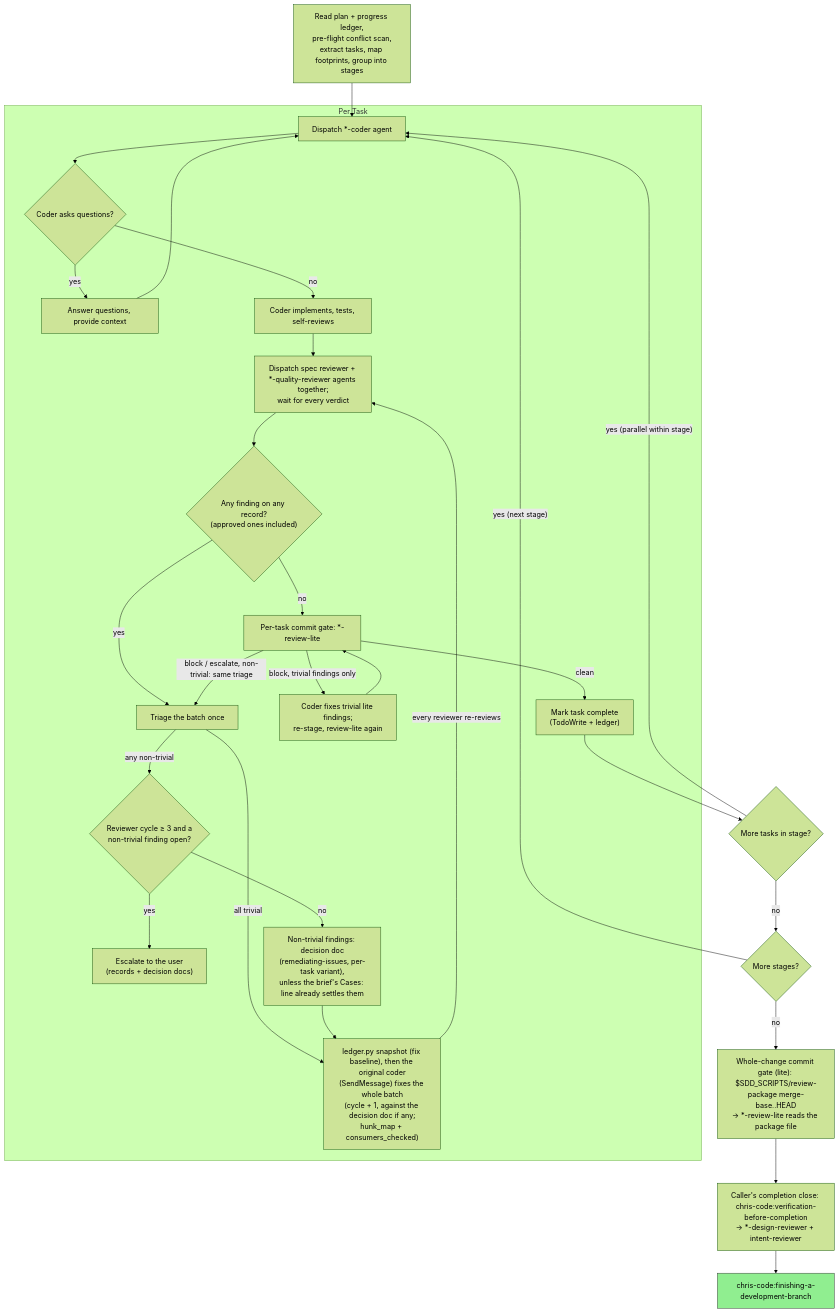
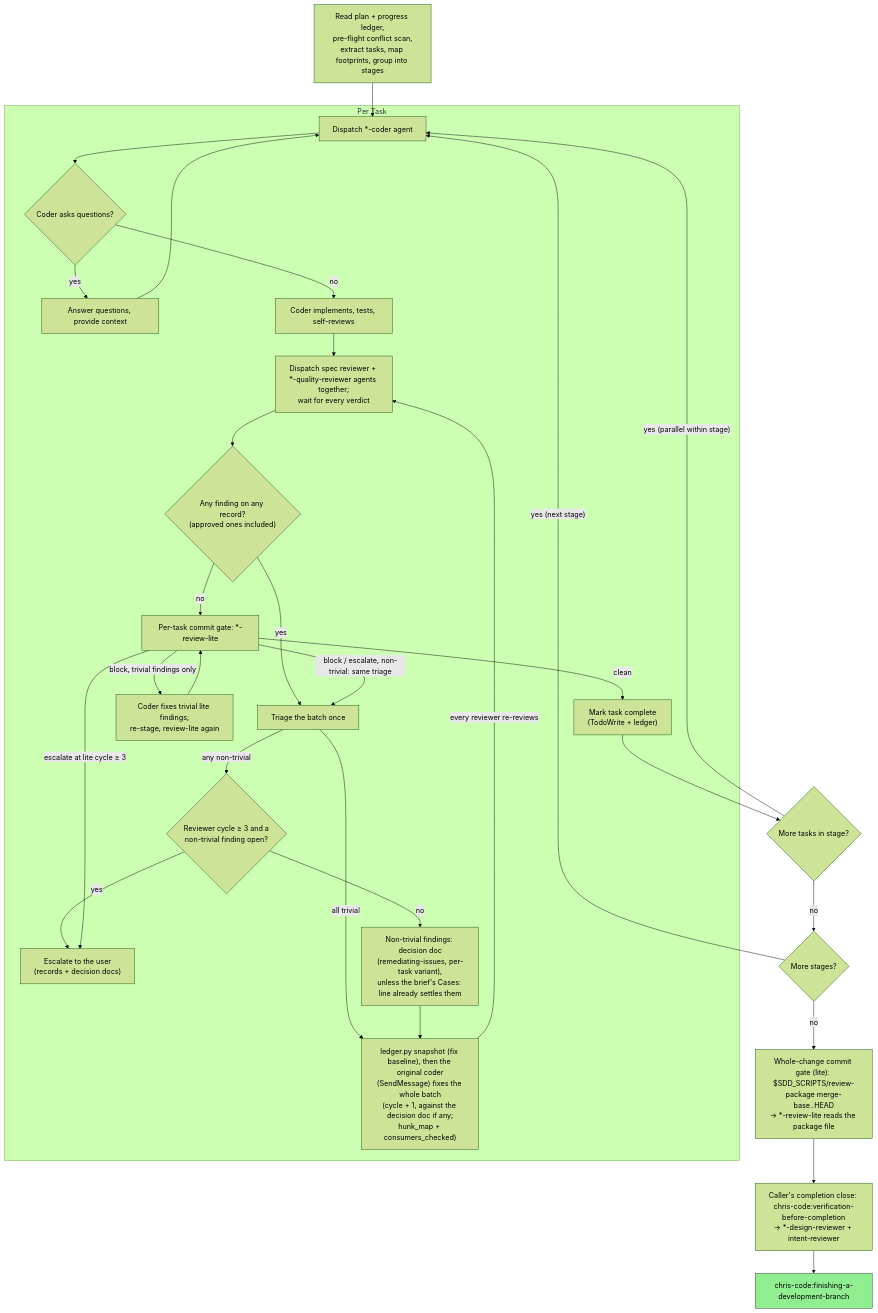
Before and after one commit to chris-santiago/claude-plugins: the diagram in chris-code/skills/subagent-driven-development/SKILL.md, drawn with Mermaid (forest theme). The commit also changed other lines of this file and 5 other files, not shown here.

````diff
--- a/chris-code/skills/subagent-driven-development/SKILL.md
+++ b/chris-code/skills/subagent-driven-development/SKILL.md
@@ -28,55 +28,56 @@
 ```mermaid
 flowchart TB
     subgraph Per Task
         coder["Dispatch *-coder agent"]
         questions{"Coder asks questions?"}
         answer["Answer questions, provide context"]
         implement["Coder implements, tests, self-reviews"]
         reviews["Dispatch spec reviewer + *-quality-reviewer agents together;<br/>wait for every verdict"]
         reviews_ok{"Any finding on any record?<br/>(approved ones included)"}
         triage["Triage the batch once"]
         cap{"Reviewer cycle ≥ 3 and a<br/>non-trivial finding open?"}
         escalate["Escalate to the user<br/>(records + decision docs)"]
         decision["Non-trivial findings: decision doc<br/>(remediating-issues, per-task variant),<br/>unless the brief's Cases: line already settles them"]
         fix["ledger.py snapshot (fix baseline), then the original coder<br/>(SendMessage) fixes the whole batch<br/>(cycle + 1, against the decision doc if any;<br/>hunk_map + consumers_checked)"]
         lite_fix["Coder fixes trivial lite findings;<br/>re-stage, review-lite again"]
         commit_gate["Per-task commit gate: *-review-lite"]
         done["Mark task complete<br/>(TodoWrite + ledger)"]
     end
 
     read["Read plan + progress ledger,<br/>pre-flight conflict scan,<br/>extract tasks, map footprints, group into stages"]
     more_tasks{"More tasks in stage?"}
     more_stages{"More stages?"}
     final_gate["Whole-change commit gate (lite): $SDD_SCRIPTS/review-package merge-base..HEAD<br/>→ *-review-lite reads the package file"]
     verification["Caller's completion close: chris-code:verification-before-completion<br/>→ *-design-reviewer + intent-reviewer"]
     finish["chris-code:finishing-a-development-branch"]:::finish
 
     read --> coder
     coder --> questions
     questions -->|yes| answer
     answer --> coder
     questions -->|no| implement
     implement --> reviews
     reviews --> reviews_ok
     reviews_ok -->|yes| triage
     triage -->|all trivial| fix
     triage -->|any non-trivial| cap
     cap -->|yes| escalate
     cap -->|no| decision
     decision --> fix
     fix -->|"every reviewer re-reviews"| reviews
     reviews_ok -->|no| commit_gate
     commit_gate -->|"block, trivial findings only"| lite_fix
     lite_fix --> commit_gate
     commit_gate -->|"block / escalate, non-trivial: same triage"| triage
+    commit_gate -->|"escalate at lite cycle ≥ 3"| escalate
     commit_gate -->|clean| done
     done --> more_tasks
     more_tasks -->|"yes (parallel within stage)"| coder
     more_tasks -->|no| more_stages
     more_stages -->|"yes (next stage)"| coder
     more_stages -->|no| final_gate
     final_gate --> verification
     verification --> finish
 
     classDef finish fill:#90EE90,stroke:#333
 ```
````
